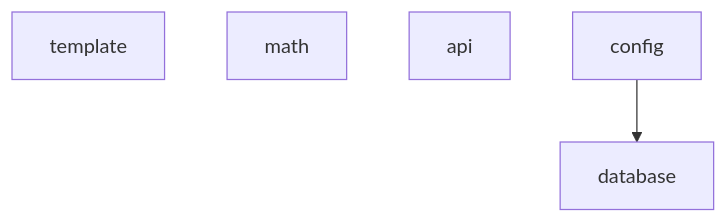
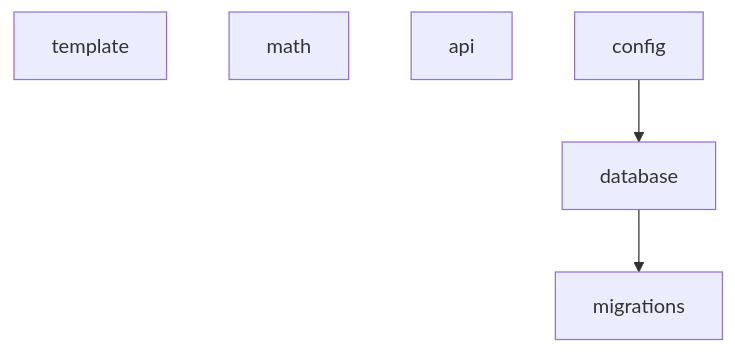
One commit to gradus-fit/gradus changed the diagram in docs/server.mmd. Above: the diagram before and after it, drawn with Mermaid. The commit also changed 17 other files, not shown here.

```diff
--- a/docs/server.mmd
+++ b/docs/server.mmd
@@ -1,8 +1,10 @@
 flowchart TB
     template["template"]
     math["math"]
     api["api"]
     config["config"]
     database["database"]
+    migrations["migrations"]
 
     config --> database
+    database --> migrations
```
